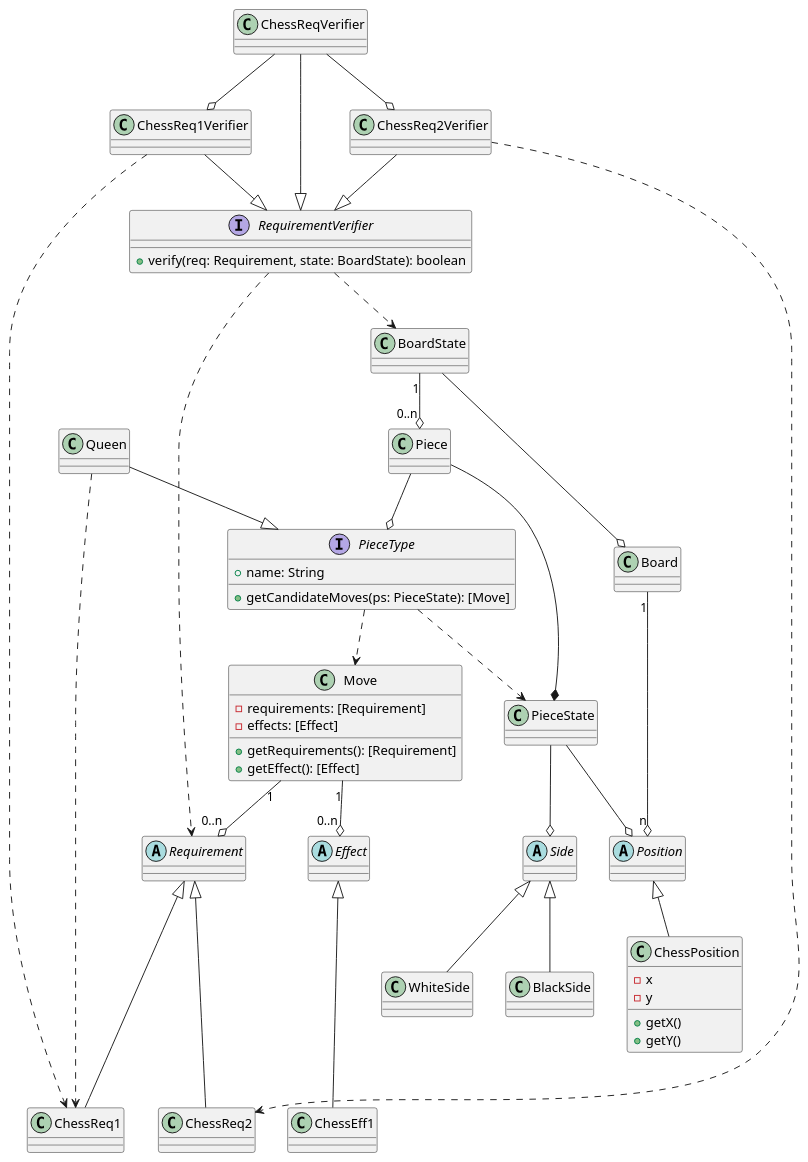
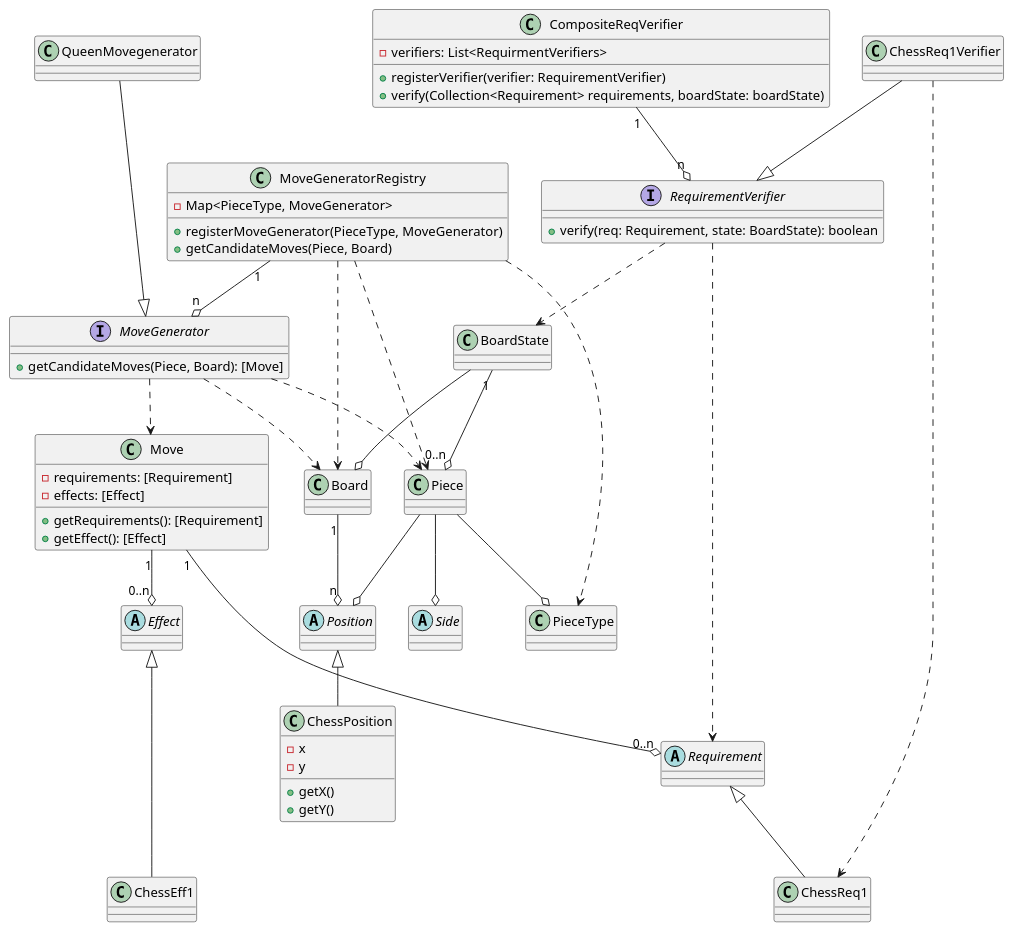
One commit to hnd14/ChessBoard changed the diagram in uml/design.class.puml. Above: the diagram before and after it, drawn with PlantUML. The commit also changed 1 other file, not shown here.

Commit message:
Update class diagram

```diff
--- a/uml/design.class.puml
+++ b/uml/design.class.puml
@@ -1,109 +1,97 @@
 @startuml Class Design
 abstract Requirement
 class ChessReq1
-class ChessReq2
 
 abstract Effect
 ' class ChessEff1
 ' class ChessEff2
 
 class Move {
     - requirements: [Requirement]
     - effects: [Effect]
     + getRequirements(): [Requirement]
     + getEffect(): [Effect]
 }
 
-class PieceState
-
 abstract Position
 class ChessPosition {
     - x
     - y
     + getX()
     + getY()
 }
 
 abstract Side
+interface MoveGenerator {
+    + getCandidateMoves(Piece, Board): [Move]
+}
 
-class BlackSide
-class WhiteSide
+class QueenMovegenerator {
 
-interface PieceType {
-    + name: String
-    + getCandidateMoves(ps: PieceState): [Move]
 }
-' class Pawn
-' class King
-class Queen
+
+class MoveGeneratorRegistry {
+    - Map<PieceType, MoveGenerator>
+    + registerMoveGenerator(PieceType, MoveGenerator)
+    + getCandidateMoves(Piece, Board)
+}
 
 
 class BoardState {
 
 }
 
 interface RequirementVerifier {
     + verify(req: Requirement, state: BoardState): boolean
 }
-class ChessReqVerifier
+class CompositeReqVerifier {
+    - verifiers: List<RequirmentVerifiers>
+    + registerVerifier(verifier: RequirementVerifier)
+    + verify(Collection<Requirement> requirements, boardState: boardState)
+}
 class ChessReq1Verifier
-class ChessReq2Verifier
-
-' interface EffectApplier {
-'     + apply(eff: Effect, state: BoardState): BoardState
-' }
 
 class Piece {
 
 }
 
 class Board
 
-Move "1"-d-o "0..n" Requirement
 Move "1"-d-o "0..n" Effect
-PieceType .d.> Move
-PieceType .d.> PieceState
+Move "1"-d--o "0..n" Requirement
+MoveGeneratorRegistry "1" --o "n" MoveGenerator
+MoveGeneratorRegistry ..> PieceType
+MoveGeneratorRegistry ..> Piece
+MoveGeneratorRegistry ..> Board
 
-' Requirement o.. Requirement
-' Effect o.. Effect
+MoveGenerator ..> Piece
+MoveGenerator ..> Board
+MoveGenerator ..> Move
 
 Piece --o PieceType
-Piece -r-* PieceState
-PieceState --o Position
-PieceState --o Side
+Piece --o Position
+Piece --o Side
 
 Board "1"--o "n" Position
 
 BoardState --o Board
 BoardState "1"--o "0..n" Piece
 
 RequirementVerifier ..> Requirement
 RequirementVerifier ..> BoardState
 
-' EffectApplier ..> Effect
-' EffectApplier ..> BoardState
 
 
-ChessReq1 -u--|> Requirement
-ChessReq2 -u--|> Requirement
+ChessReq1 -u-|> Requirement
 
 ChessEff1 -u--|> Effect
-' ChessEff2 -u-> Effect
-' Pawn -d-> PieceType
-' Pawn ..>"use" ChessReq1
-Queen -d-|> PieceType
-Queen ..> ChessReq1
-' King -d-> PieceType
 
-ChessReqVerifier -d-|> RequirementVerifier
+
 ChessReq1Verifier -d-|> RequirementVerifier
-ChessReq2Verifier -d-|> RequirementVerifier
-ChessReqVerifier -d-o ChessReq1Verifier
-ChessReqVerifier -d-o ChessReq2Verifier
-ChessReq1Verifier ..> ChessReq1
-ChessReq2Verifier ..> ChessReq2
+CompositeReqVerifier "1"-d-o "n" RequirementVerifier
+ChessReq1Verifier ......> ChessReq1
 ChessPosition -u-|> Position
 
-BlackSide -u-|> Side
-WhiteSide -u-|> Side
+QueenMovegenerator -d--|> MoveGenerator
+
 @enduml
```
